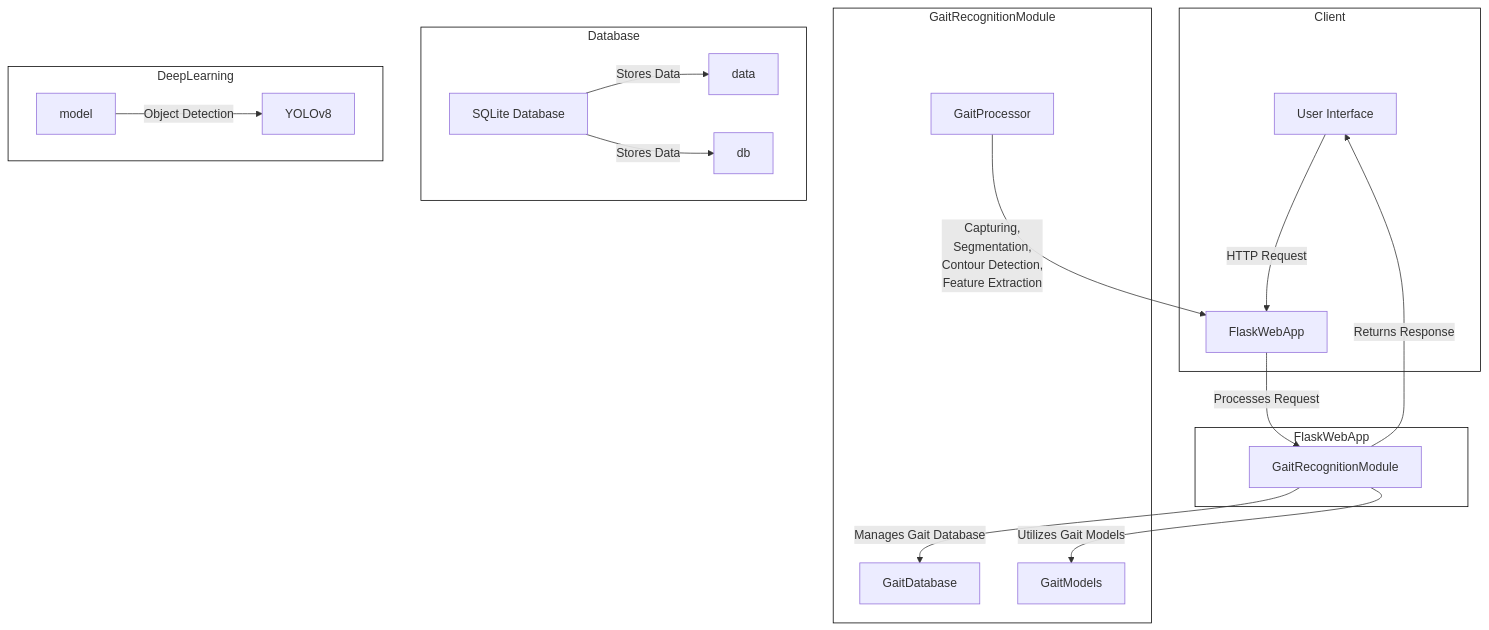
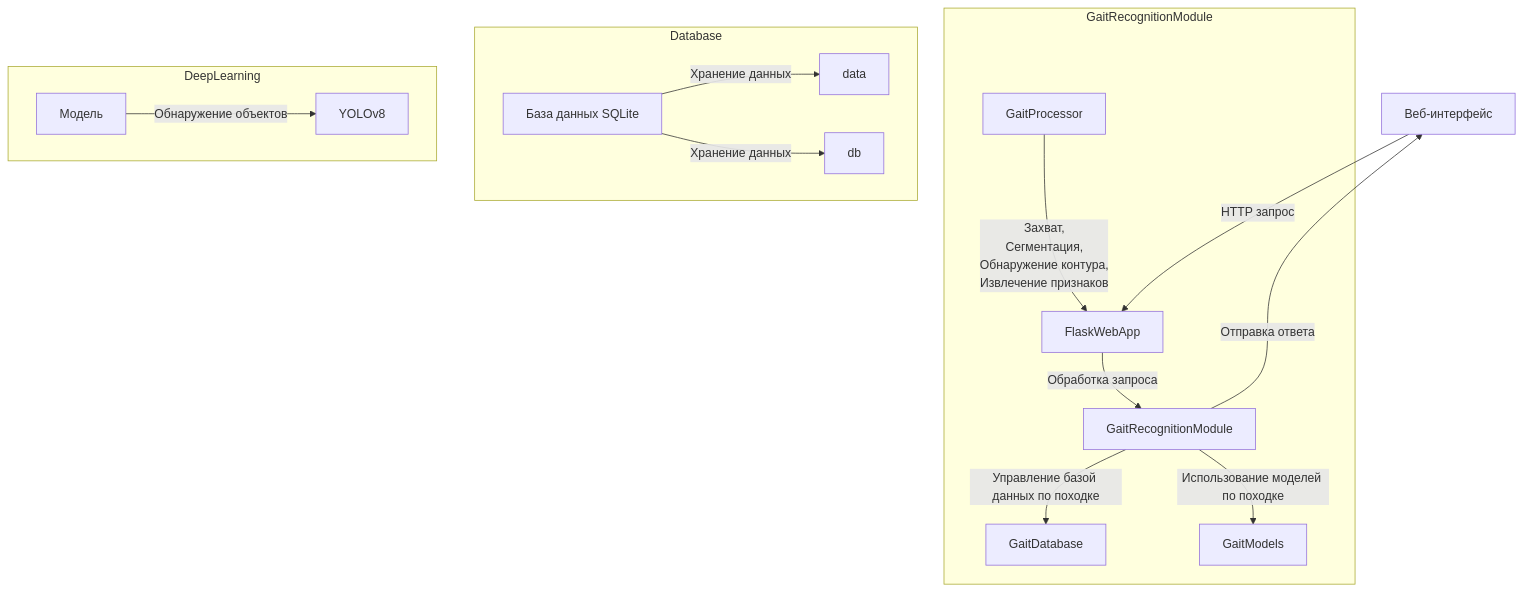
One commit to yliasolom/Behavioral-biometrics changed the diagram in README.md. Above: the diagram before and after it, drawn with Mermaid.

````diff
--- a/README.md
+++ b/README.md
@@ -30,36 +30,25 @@
 ```mermaid
-  graph TD
-  style Database fill:white,stroke:#000;
-  style Client fill:white,stroke:#000;
-  style GaitRecognitionModule fill:white,stroke:#000;
-  style FlaskWebApp fill:white,stroke:#000;
-  style DeepLearning fill:white,stroke:#000;
-
-    subgraph "Client"
-      A[User Interface] -->|HTTP Request| B[FlaskWebApp]
-    end
-
-    subgraph "FlaskWebApp"
-      B -->|Processes Request| C[GaitRecognitionModule]
-      C -->|Returns Response| A
-    end
+graph TD
+    A[Веб-интерфейс] -->|HTTP запрос| B[FlaskWebApp]
+    B -->|Обработка запроса| C[GaitRecognitionModule]
+    C -->|Отправка ответа| A
 
     subgraph "GaitRecognitionModule"
-      D[GaitProcessor]
-      C -->|Manages Gait Database| E[GaitDatabase]
-      C -->|Utilizes Gait Models| F[GaitModels]
-      D -->|Capturing, 
-      Segmentation, 
-      Contour Detection,
-      Feature Extraction| B
+        D[GaitProcessor]
+        C -->|Управление базой данных по походке| E[GaitDatabase]
+        C -->|Использование моделей по походке| F[GaitModels]
+        D -->|Захват, 
+        Сегментация, 
+        Обнаружение контура,
+        Извлечение признаков| B
     end
 
     subgraph "Database"
-      G[SQLite Database] -->|Stores Data| H[data]
-      G -->|Stores Data| I[db]
+        G[База данных SQLite] -->|Хранение данных| H[data]
+        G -->|Хранение данных| I[db]
     end
 
     subgraph "DeepLearning"
-      J[model] -->|Object Detection| K[YOLOv8]
+        J[Модель] -->|Обнаружение объектов| K[YOLOv8]
     end
 ```
````
